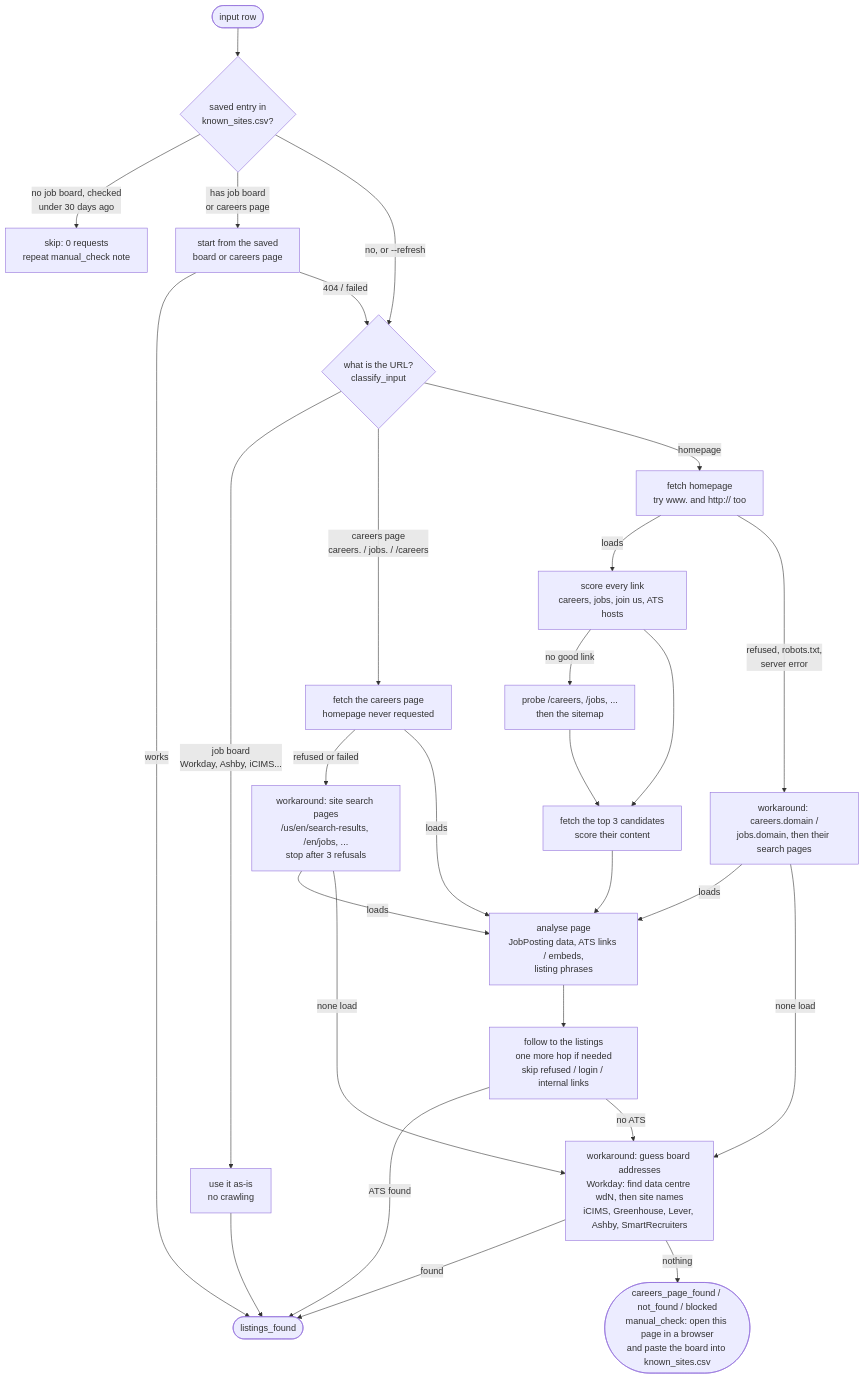
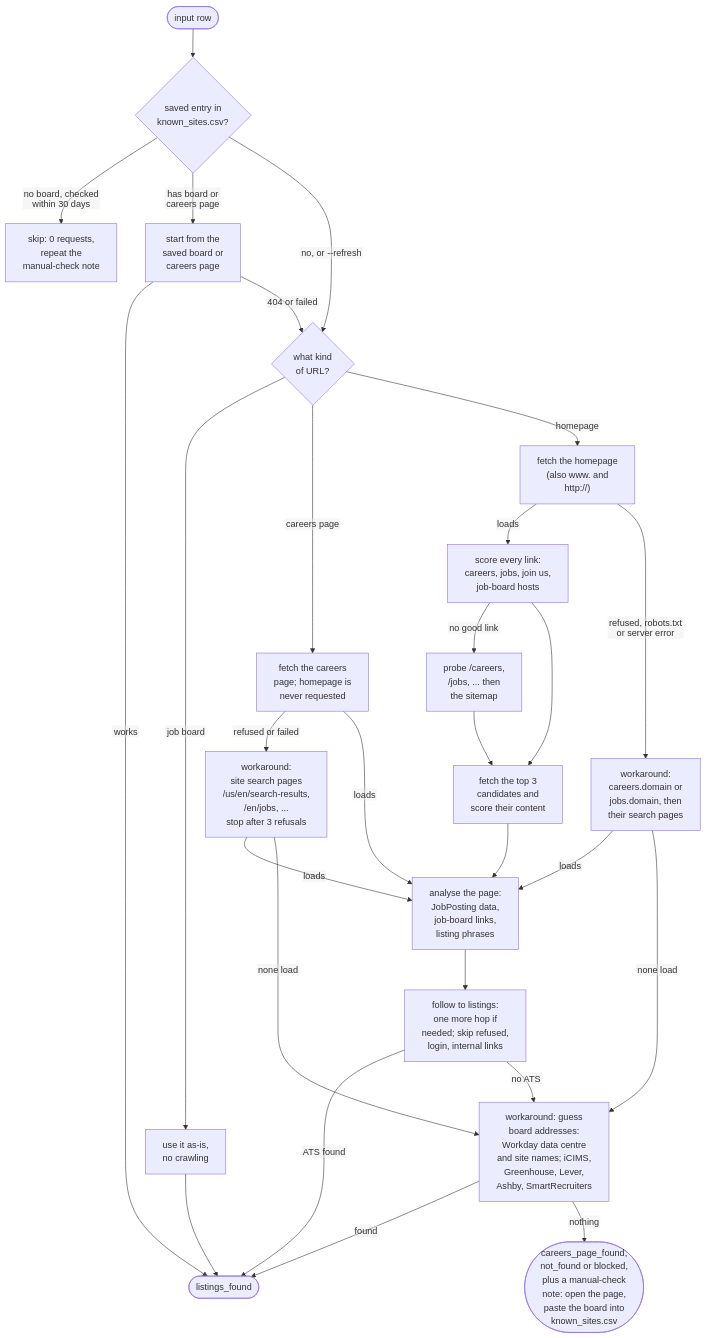
One commit to gonzalou77/career-sifter changed the second of 7 diagrams in ARCHITECTURE.md. Above: the diagram before and after it, drawn with Mermaid. The commit also changed other lines of this file, not shown here.

Commit message:
Fix clipped text in architecture diagrams
- Flowcharts draw labels as SVG text (htmlLabels: false) so boxes are
  sized from the text actually drawn; GitHub's HTML labels measured one
  font and drew another, cutting lines off
- Shorter label lines (about 24 characters) throughout
- Class diagram split in two (finder classes; job-board adapters top to
  bottom) so all 11 adapters fit under ATSClient
- Checked by rendering every diagram with Mermaid 11 in headless Edge

````diff
--- a/ARCHITECTURE.md
+++ b/ARCHITECTURE.md
@@ -54,35 +55,36 @@
 ```mermaid
+%%{init: {"flowchart": {"htmlLabels": false}} }%%
 flowchart TD
     start(["input row"]) --> saved{"saved entry in<br/>known_sites.csv?"}
-    saved -->|"no job board, checked<br/>under 30 days ago"| skip["skip: 0 requests<br/>repeat manual_check note"]
-    saved -->|"has job board<br/>or careers page"| useSaved["start from the saved<br/>board or careers page"]
-    saved -->|"no, or --refresh"| kind{"what is the URL?<br/>classify_input"}
+    saved -->|"no board, checked<br/>within 30 days"| skip["skip: 0 requests,<br/>repeat the<br/>manual-check note"]
+    saved -->|"has board or<br/>careers page"| useSaved["start from the<br/>saved board or<br/>careers page"]
+    saved -->|"no, or --refresh"| kind{"what kind<br/>of URL?"}
     useSaved -->|works| done
-    useSaved -->|"404 / failed"| kind
+    useSaved -->|"404 or failed"| kind
 
-    kind -->|"job board<br/>Workday, Ashby, iCIMS..."| board["use it as-is<br/>no crawling"]
-    kind -->|"careers page<br/>careers. / jobs. / /careers"| careers["fetch the careers page<br/>homepage never requested"]
-    kind -->|homepage| home["fetch homepage<br/>try www. and http:// too"]
+    kind -->|"job board"| board["use it as-is,<br/>no crawling"]
+    kind -->|"careers page"| careers["fetch the careers<br/>page; homepage is<br/>never requested"]
+    kind -->|homepage| home["fetch the homepage<br/>(also www. and<br/>http://)"]
 
-    careers -->|refused or failed| search["workaround: site search pages<br/>/us/en/search-results, /en/jobs, ...<br/>stop after 3 refusals"]
+    careers -->|"refused or failed"| search["workaround:<br/>site search pages<br/>/us/en/search-results,<br/>/en/jobs, ...<br/>stop after 3 refusals"]
     search -->|loads| analyse
-    search -->|none load| probe
+    search -->|"none load"| probe
     careers -->|loads| analyse
 
-    home -->|loads| links["score every link<br/>careers, jobs, join us, ATS hosts"]
-    home -->|"refused, robots.txt,<br/>server error"| sub["workaround: careers.domain /<br/>jobs.domain, then their search pages"]
+    home -->|loads| links["score every link:<br/>careers, jobs, join us,<br/>job-board hosts"]
+    home -->|"refused, robots.txt<br/>or server error"| sub["workaround:<br/>careers.domain or<br/>jobs.domain, then<br/>their search pages"]
     sub -->|loads| analyse
-    sub -->|none load| probe
-    links -->|"no good link"| paths["probe /careers, /jobs, ...<br/>then the sitemap"]
-    links --> verify["fetch the top 3 candidates<br/>score their content"]
+    sub -->|"none load"| probe
+    links -->|"no good link"| paths["probe /careers,<br/>/jobs, ... then<br/>the sitemap"]
+    links --> verify["fetch the top 3<br/>candidates and<br/>score their content"]
     paths --> verify
-    verify --> analyse["analyse page<br/>JobPosting data, ATS links / embeds,<br/>listing phrases"]
-    analyse --> listings["follow to the listings<br/>one more hop if needed<br/>skip refused / login / internal links"]
+    verify --> analyse["analyse the page:<br/>JobPosting data,<br/>job-board links,<br/>listing phrases"]
+    analyse --> listings["follow to listings:<br/>one more hop if<br/>needed; skip refused,<br/>login, internal links"]
     listings -->|"ATS found"| done(["listings_found"])
     listings -->|"no ATS"| probe
 
-    probe["workaround: guess board addresses<br/>Workday: find data centre wdN, then site names<br/>iCIMS, Greenhouse, Lever, Ashby, SmartRecruiters"]
+    probe["workaround: guess<br/>board addresses:<br/>Workday data centre<br/>and site names; iCIMS,<br/>Greenhouse, Lever,<br/>Ashby, SmartRecruiters"]
     probe -->|found| done
-    probe -->|"nothing"| manual(["careers_page_found / not_found / blocked<br/>manual_check: open this page in a browser<br/>and paste the board into known_sites.csv"])
+    probe -->|nothing| manual(["careers_page_found,<br/>not_found or blocked,<br/>plus a manual-check<br/>note: open the page,<br/>paste the board into<br/>known_sites.csv"])
     board --> done
 ```
````
